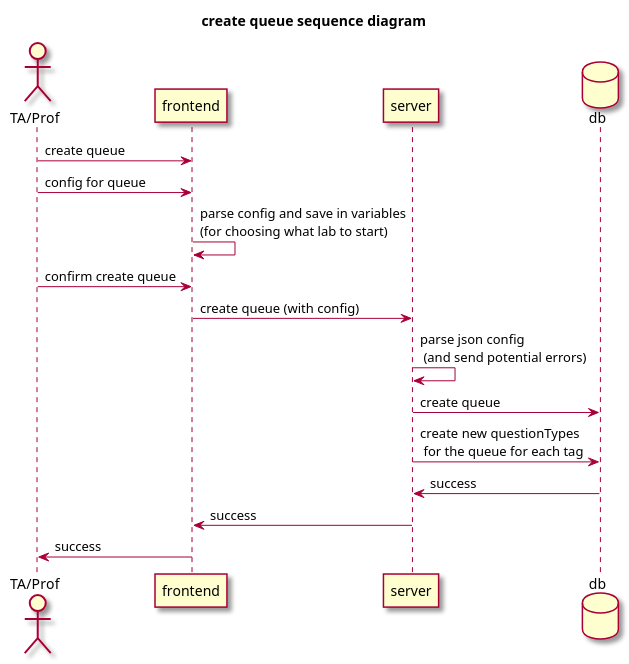
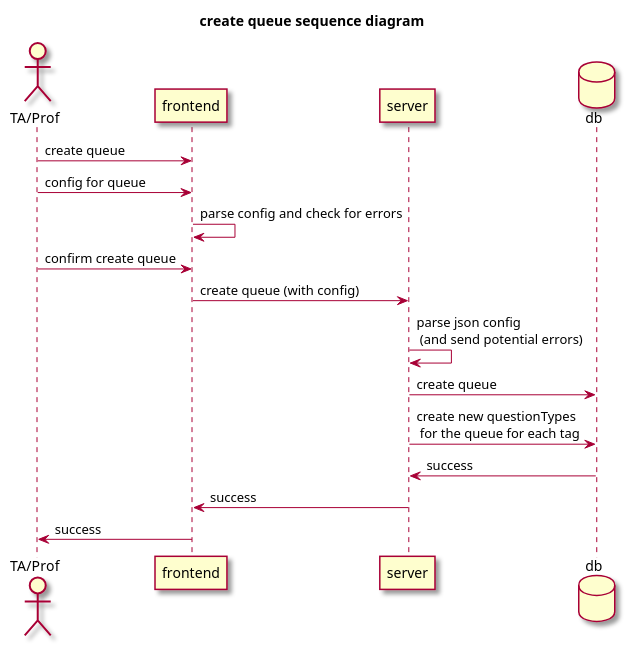
One commit to ubco-db/helpme changed the diagram in docs/plantuml_diagrams/v2_sequence_create_queue.wsd. Above: the diagram before and after it, drawn with PlantUML. The commit also changed 22 other files, not shown here.

```diff
--- a/docs/plantuml_diagrams/v2_sequence_create_queue.wsd
+++ b/docs/plantuml_diagrams/v2_sequence_create_queue.wsd
@@ -1,24 +1,24 @@
 @startuml
 
 skin rose
 
 title "create queue sequence diagram"
 
 actor User as "TA/Prof"
 participant frontend
 participant server
 database db
 
 User -> frontend : create queue
 User -> frontend : config for queue
-frontend -> frontend : parse config and save in variables\n(for choosing what lab to start)
+frontend -> frontend : parse config and check for errors
 User -> frontend : confirm create queue
 frontend -> server : create queue (with config)
 server -> server : parse json config \n (and send potential errors)
 server -> db : create queue
 server -> db : create new questionTypes\n for the queue for each tag
 server <- db : success
 frontend <- server : success
 User <- frontend : success
 
 @enduml
```
